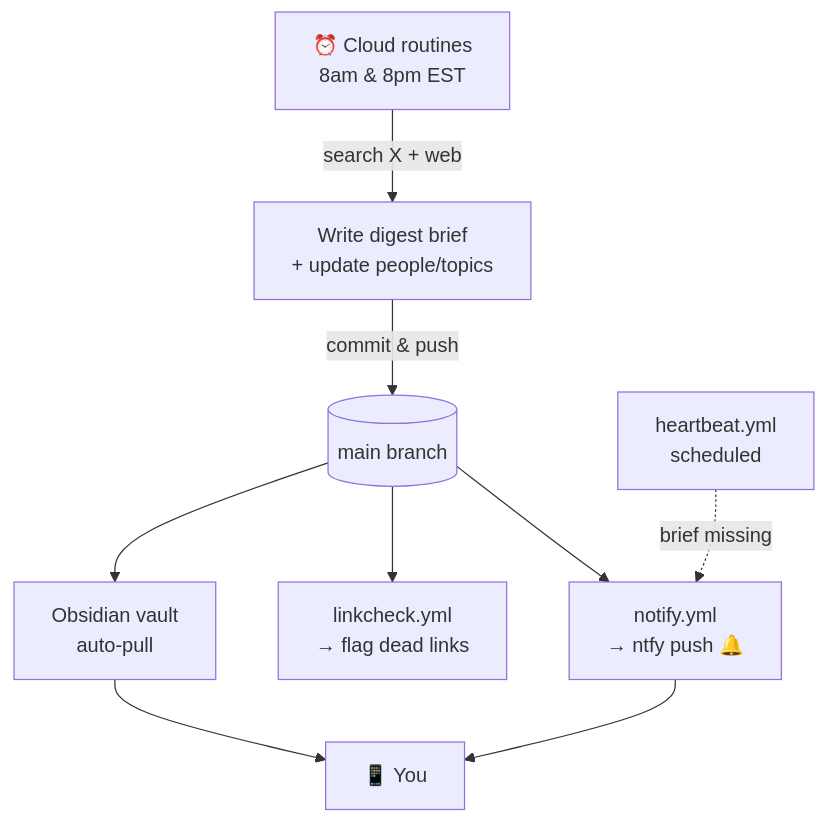
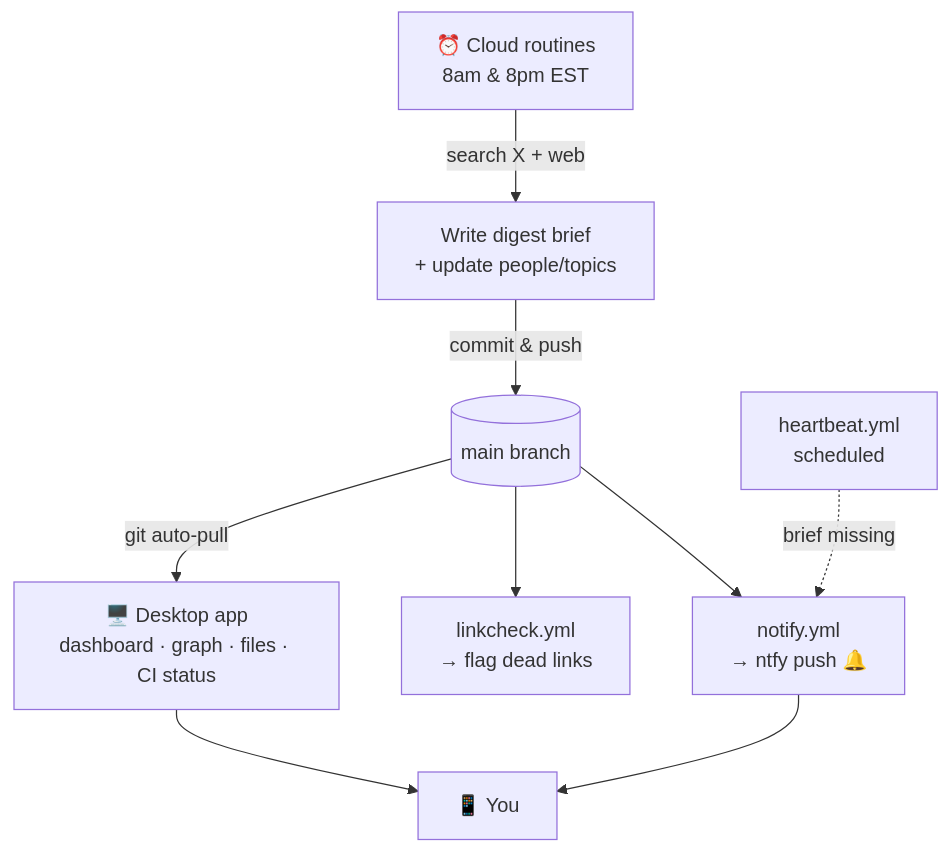
The diagram in README.md (krish-shahh/ai-intel), drawn with Mermaid before and after one commit.

Commit message:
docs: add desktop app to the how-it-works mermaid diagram

````diff
--- a/README.md
+++ b/README.md
@@ -11,11 +11,11 @@
 ```mermaid
 flowchart TD
     R["⏰ Cloud routines<br/>8am &amp; 8pm EST"] -->|search X + web| W["Write digest brief<br/>+ update people/topics"]
     W -->|commit &amp; push| M[("main branch")]
     M --> N["notify.yml<br/>→ ntfy push 🔔"]
     M --> L["linkcheck.yml<br/>→ flag dead links"]
-    M --> O["Obsidian vault<br/>auto-pull"]
     H["heartbeat.yml<br/>scheduled"] -.->|brief missing| N
+    M -->|git auto-pull| A["🖥️ Desktop app<br/>dashboard · graph · files · CI status"]
     N --> U["📱 You"]
-    O --> U
+    A --> U
 ```
````
